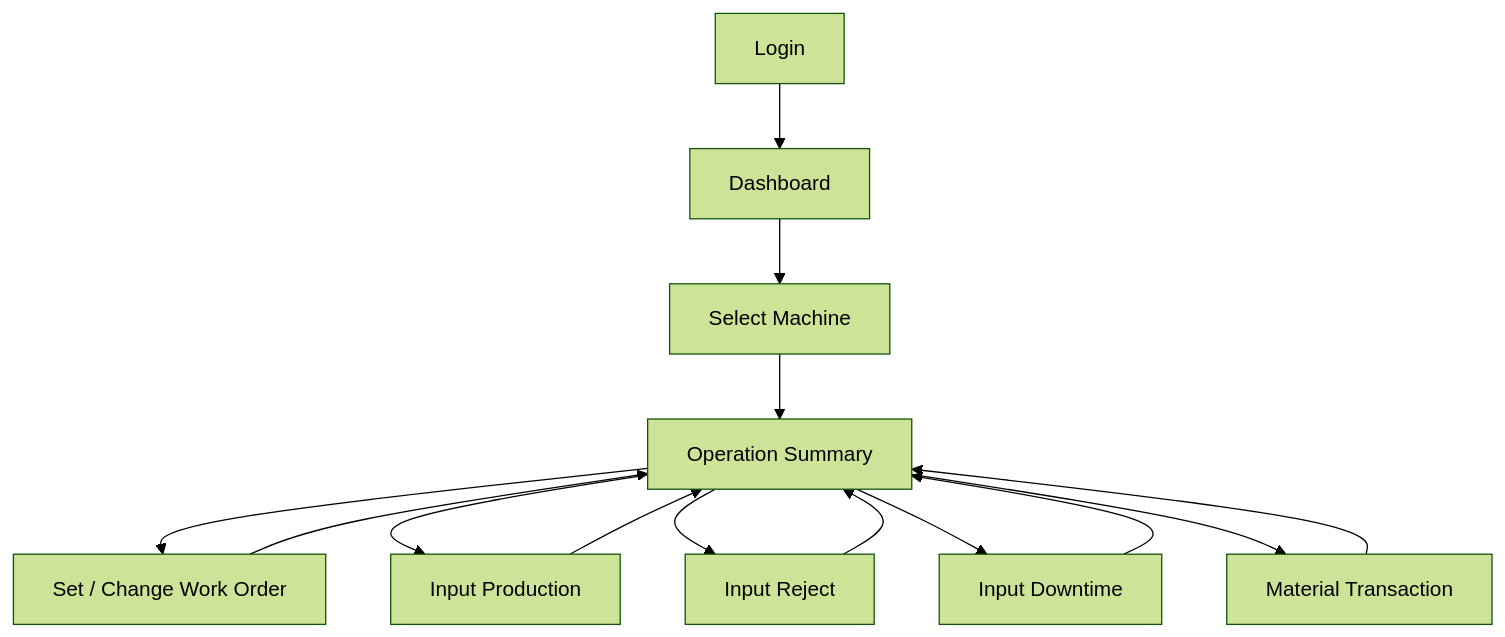
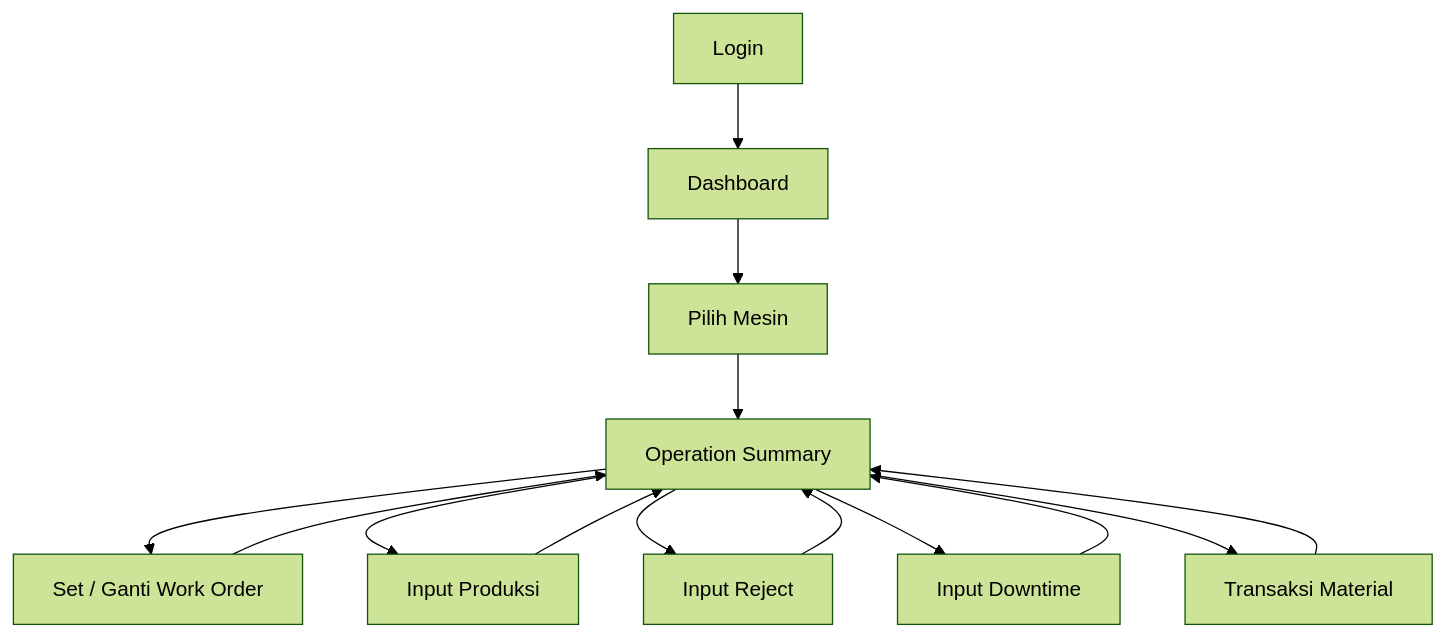
Before and after one commit to fachriramdhan/WORKORDER: the second of 8 diagrams in README.md, drawn with Mermaid (forest theme). The commit also changed other lines of this file, not shown here.

````diff
--- a/README.md
+++ b/README.md
@@ -205,16 +205,16 @@
 ```mermaid
 flowchart TD
     A[Login] --> B[Dashboard]
-    B --> C[Select Machine]
+    B --> C[Pilih Mesin]
     C --> D[Operation Summary]
-    D --> E[Set / Change Work Order]
-    D --> F[Input Production]
+    D --> E[Set / Ganti Work Order]
+    D --> F[Input Produksi]
     D --> G[Input Reject]
     D --> H[Input Downtime]
-    D --> I[Material Transaction]
+    D --> I[Transaksi Material]
     E --> D
     F --> D
     G --> D
     H --> D
     I --> D
 ```
````
